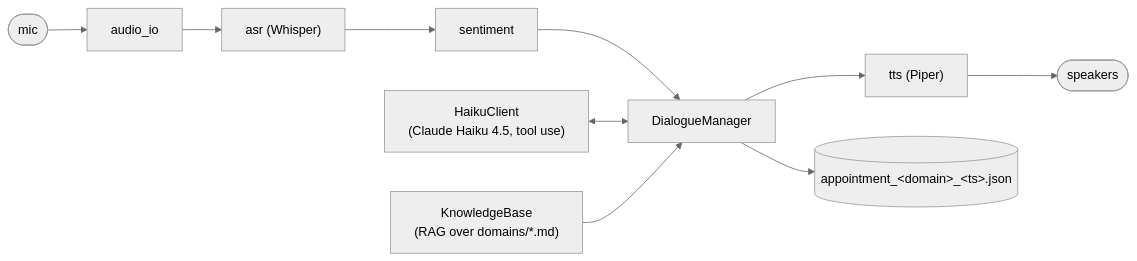
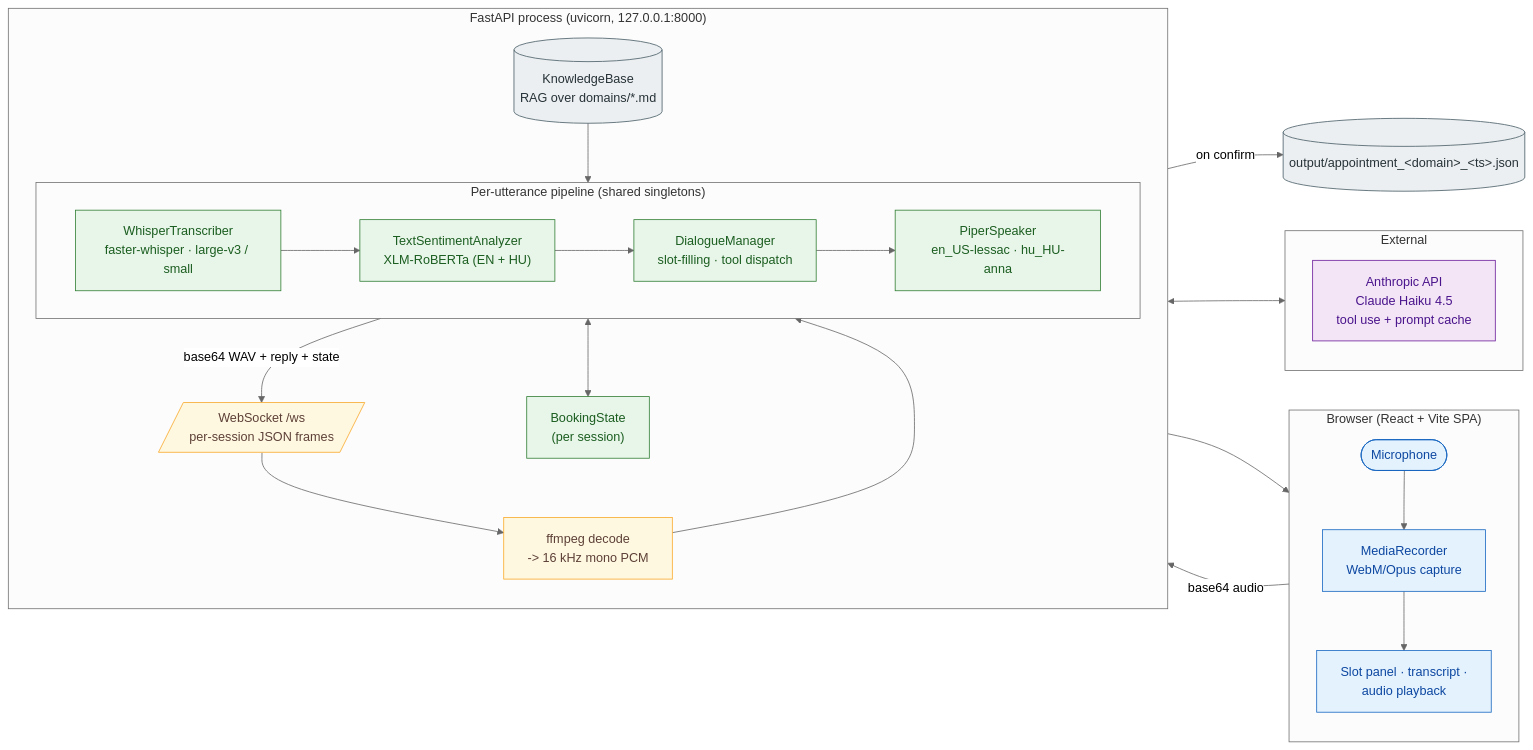
Before and after one commit to Pillangocska/VoiceAppointmentChatBot: the first of 4 diagrams in README.md, drawn with Mermaid (neutral theme). The commit also changed other lines of this file and 1 other file, not shown here.

````diff
--- a/README.md
+++ b/README.md
@@ -50,13 +52,51 @@
 ```mermaid
 flowchart LR
-    mic([mic]) --> audio_io[audio_io]
-    audio_io --> asr["asr (Whisper)"]
-    asr --> sentiment[sentiment]
-    sentiment --> dm[DialogueManager]
-    dm --> tts["tts (Piper)"]
-    tts --> speakers([speakers])
+    classDef client fill:#e3f2fd,stroke:#1565c0,color:#0d47a1
+    classDef edge fill:#fff8e1,stroke:#f9a825,color:#5d4037
+    classDef pipeline fill:#e8f5e9,stroke:#2e7d32,color:#1b5e20
+    classDef external fill:#f3e5f5,stroke:#6a1b9a,color:#4a148c
+    classDef store fill:#eceff1,stroke:#455a64,color:#263238
 
-    haiku["HaikuClient<br/>(Claude Haiku 4.5, tool use)"] <--> dm
-    kb["KnowledgeBase<br/>(RAG over domains/*.md)"] --> dm
-    dm --> json[("appointment_&lt;domain&gt;_&lt;ts&gt;.json")]
+    subgraph Client["Browser (React + Vite SPA)"]
+        direction TB
+        mic([Microphone]):::client
+        rec[MediaRecorder<br/>WebM/Opus capture]:::client
+        ui[Slot panel · transcript ·<br/>audio playback]:::client
+        mic --> rec --> ui
+    end
+
+    subgraph Server["FastAPI process (uvicorn, 127.0.0.1:8000)"]
+        direction TB
+        ws[/"WebSocket /ws<br/>per-session JSON frames"/]:::edge
+        ffmpeg["ffmpeg decode<br/>-> 16 kHz mono PCM"]:::edge
+
+        subgraph Pipeline["Per-utterance pipeline (shared singletons)"]
+            direction LR
+            asr["WhisperTranscriber<br/>faster-whisper · large-v3 / small"]:::pipeline
+            sent["TextSentimentAnalyzer<br/>XLM-RoBERTa (EN + HU)"]:::pipeline
+            dm["DialogueManager<br/>slot-filling · tool dispatch"]:::pipeline
+            tts["PiperSpeaker<br/>en_US-lessac · hu_HU-anna"]:::pipeline
+            asr --> sent --> dm --> tts
+        end
+
+        kb[("KnowledgeBase<br/>RAG over domains/*.md")]:::store
+        booking["BookingState<br/>(per session)"]:::pipeline
+    end
+
+    subgraph Cloud["External"]
+        direction TB
+        haiku["Anthropic API<br/>Claude Haiku 4.5<br/>tool use + prompt cache"]:::external
+    end
+
+    out[("output/appointment_&lt;domain&gt;_&lt;ts&gt;.json")]:::store
+
+    rec -- "base64 audio" --> ws
+    ws --> ffmpeg --> asr
+    tts -- "base64 WAV + reply + state" --> ws
+    ws --> ui
+
+    dm <--> haiku
+    kb --> dm
+    dm <--> booking
+    booking -- "on confirm" --> out
 ```
````
